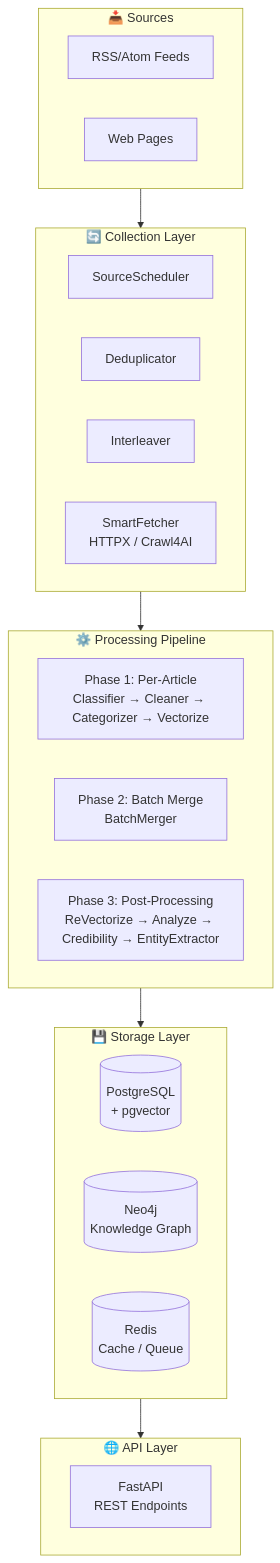
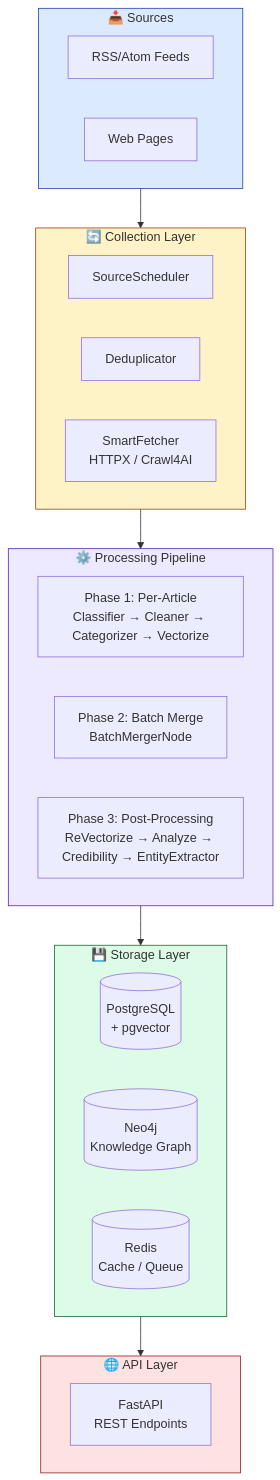
Before and after one commit to Kirky-X/weaver: the first of 2 diagrams in README_EN.md, drawn with Mermaid. The commit also changed other lines of this file and 1206 other files, not shown here.

````diff
--- a/README_EN.md
+++ b/README_EN.md
@@ -203,35 +613,40 @@
 ```mermaid
 graph TB
     subgraph Sources ["📥 Sources"]
         A[RSS/Atom Feeds]
         B[Web Pages]
     end
 
     subgraph Collector ["🔄 Collection Layer"]
         C[SourceScheduler]
         D[Deduplicator]
-        E[Interleaver]
         F[SmartFetcher<br/>HTTPX / Crawl4AI]
     end
 
     subgraph Pipeline ["⚙️ Processing Pipeline"]
         G[Phase 1: Per-Article<br/>Classifier → Cleaner → Categorizer → Vectorize]
-        H[Phase 2: Batch Merge<br/>BatchMerger]
+        H[Phase 2: Batch Merge<br/>BatchMergerNode]
         I[Phase 3: Post-Processing<br/>ReVectorize → Analyze → Credibility → EntityExtractor]
     end
 
     subgraph Storage ["💾 Storage Layer"]
         J[(PostgreSQL<br/>+ pgvector)]
         K[(Neo4j<br/>Knowledge Graph)]
         L[(Redis<br/>Cache / Queue)]
     end
 
     subgraph API ["🌐 API Layer"]
         M[FastAPI<br/>REST Endpoints]
     end
 
     Sources --> Collector
     Collector --> Pipeline
     Pipeline --> Storage
     Storage --> API
+
+    style Sources fill:#DBEAFE,stroke:#1E40AF
+    style Collector fill:#FEF3C7,stroke:#92400E
+    style Pipeline fill:#EDE9FE,stroke:#5B21B6
+    style Storage fill:#DCFCE7,stroke:#166534
+    style API fill:#FEE2E2,stroke:#991B1B
 ```
````
